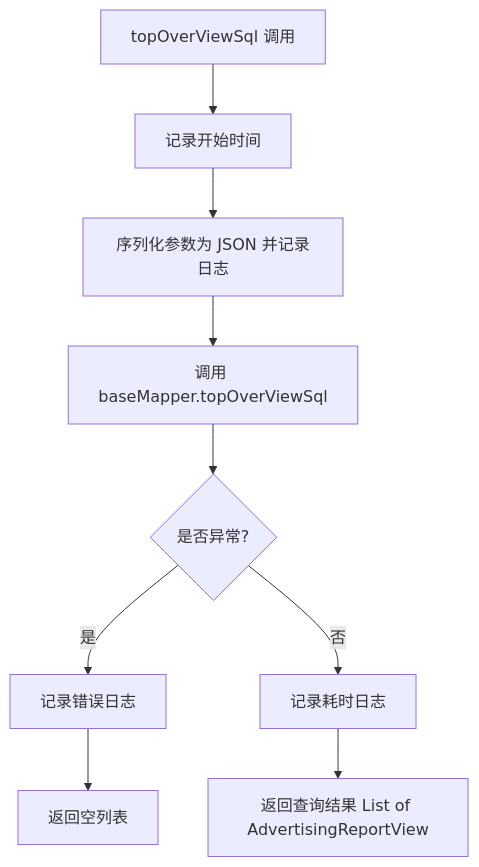
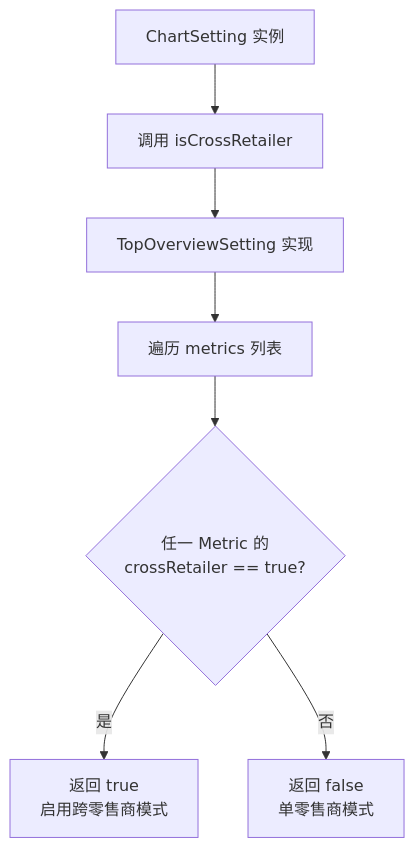
One commit to suoweiwei-pacvue/document-automation changed the fifth of 6 diagrams in output/00-architecture.md. Above: the diagram before and after it, drawn with Mermaid. The commit also changed other lines of this file and 55 other files, not shown here.

````diff
--- a/output/00-architecture.md
+++ b/output/00-architecture.md
@@ -442,11 +451,9 @@
 ```mermaid
 flowchart TD
-    A[topOverViewSql 调用] --> B[记录开始时间]
-    B --> C[序列化参数为 JSON 并记录日志]
-    C --> D[调用 baseMapper.topOverViewSql]
-    D --> E{是否异常?}
-    E -->|是| F[记录错误日志]
-    F --> G[返回空列表]
-    E -->|否| H[记录耗时日志]
-    H --> I[返回查询结果 List of AdvertisingReportView]
+    A[ChartSetting 实例] --> B[调用 isCrossRetailer]
+    B --> C[TopOverviewSetting 实现]
+    C --> D[遍历 metrics 列表]
+    D --> E{任一 Metric 的<br/>crossRetailer == true?}
+    E -->|是| F[返回 true<br/>启用跨零售商模式]
+    E -->|否| G[返回 false<br/>单零售商模式]
 ```
````
